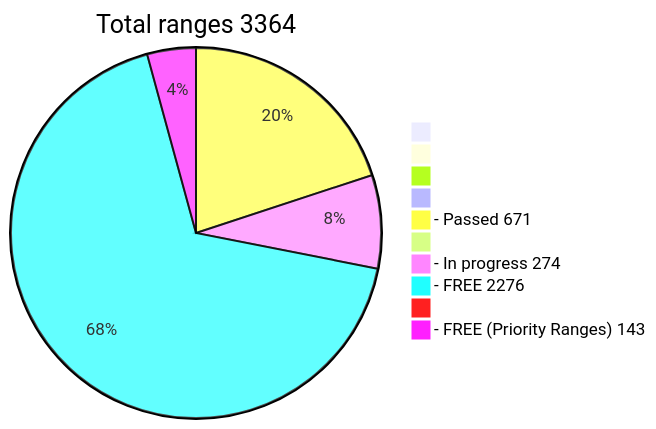
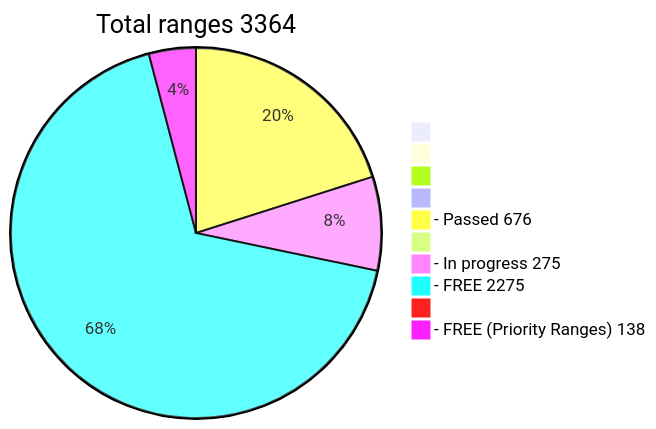
Before and after one commit to phrutis/wif500: the diagram in README.md, drawn with Mermaid.

````diff
--- a/README.md
+++ b/README.md
@@ -16,13 +16,13 @@
 ```mermaid
 pie title Total ranges 3364
              " " : 0
             "  " : 0
            "   " : 0
           "    " : 0
-  "- Passed 671" : 671
+  "- Passed 676" : 676
          "     " : 0
-  "- In progress 274" : 274
-   "- FREE 2276" : 2276
+  "- In progress 275" : 275
+   "- FREE 2275" : 2275
         "      " : 0
-  "- FREE (Priority Ranges) 143" : 143
+  "- FREE (Priority Ranges) 138" : 138
 ```
````
